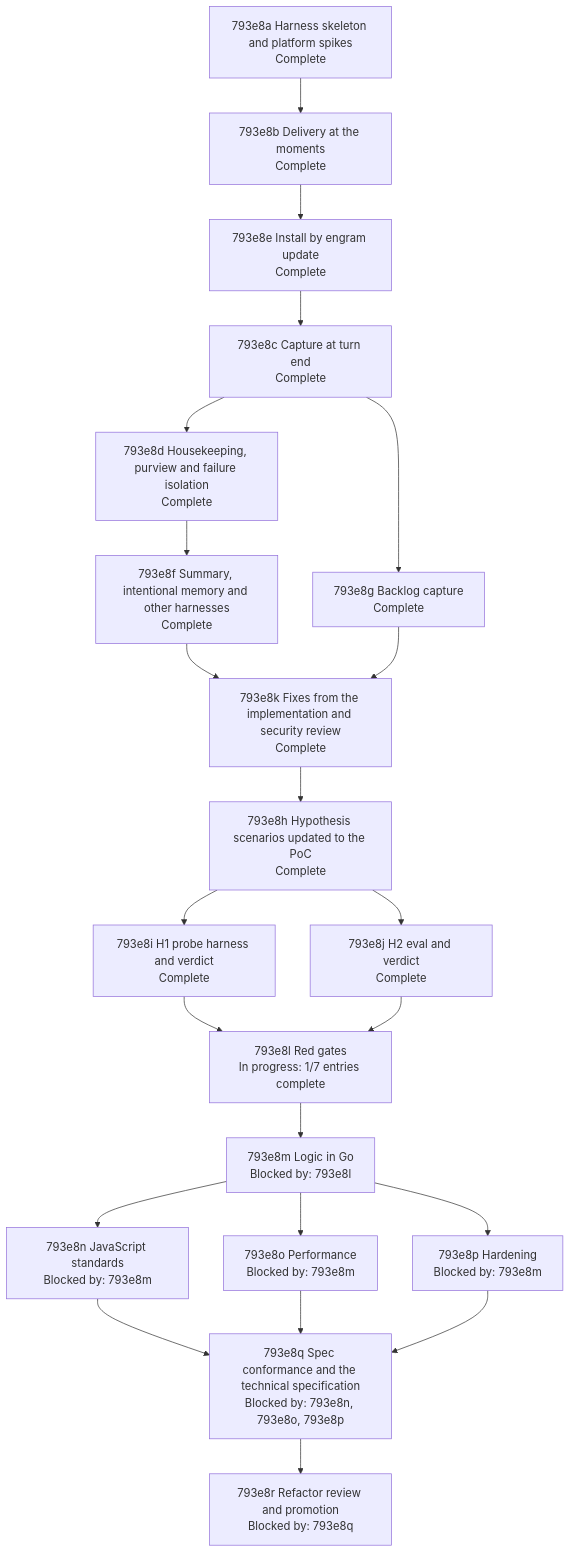
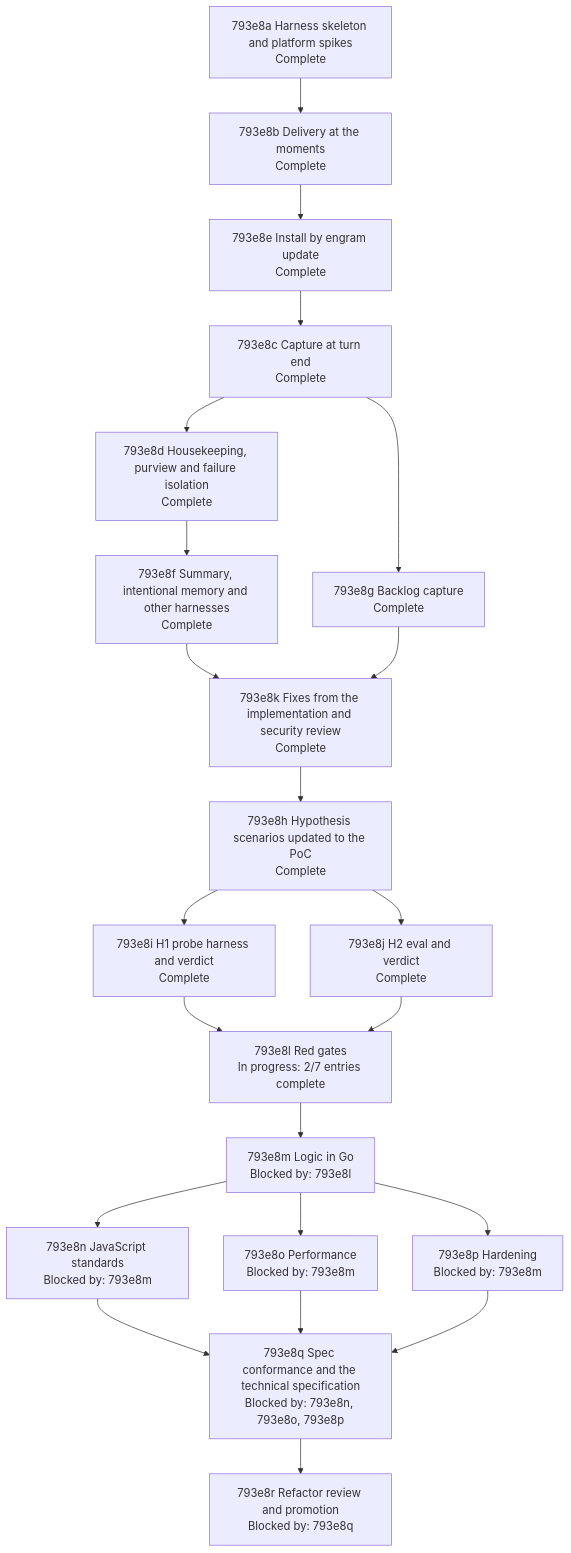
One commit to toejough/engram changed the diagram in docs/changes/793_parallel-memory-agent/793e_implementation-plan.md. Above: the diagram before and after it, drawn with Mermaid. The commit also changed other lines of this file and 2 other files, not shown here.

Commit message:
test(793-refactor): red gate — complexity and adapter rules
targ lint-js complexity: 6 findings on the mod's hooks (cyclomatic complexity
12, 16, 20 and 12; register.js 383 lines against 300; register() 74 lines
against 60). targ lint-js adapter: 87 problems (60 no-restricted-syntax for
regular expressions and JSON.parse of anything but a process's stdout, 17
complexity over 5, 4 no-restricted-imports, 3 max-statements, 2 max-params, 1
max-depth). Goals, node 793e8m. Probe of the adapter rules on a scratch file:
JSON.parse(result.stdout) is accepted; JSON.parse(reply.text),
JSON.parse(text), a regex literal and new RegExp are reported (not committed).

AI-Used: [claude]

````diff
--- a/docs/changes/793_parallel-memory-agent/793e_implementation-plan.md
+++ b/docs/changes/793_parallel-memory-agent/793e_implementation-plan.md
@@ -219,40 +219,40 @@
 ```mermaid
 flowchart TD
   n793e8a["793e8a Harness skeleton and platform spikes<br/>Complete"]
   n793e8b["793e8b Delivery at the moments<br/>Complete"]
   n793e8e["793e8e Install by engram update<br/>Complete"]
   n793e8c["793e8c Capture at turn end<br/>Complete"]
   n793e8d["793e8d Housekeeping, purview and failure isolation<br/>Complete"]
   n793e8g["793e8g Backlog capture<br/>Complete"]
   n793e8f["793e8f Summary, intentional memory and other harnesses<br/>Complete"]
   n793e8k["793e8k Fixes from the implementation and security review<br/>Complete"]
   n793e8h["793e8h Hypothesis scenarios updated to the PoC<br/>Complete"]
   n793e8i["793e8i H1 probe harness and verdict<br/>Complete"]
   n793e8j["793e8j H2 eval and verdict<br/>Complete"]
-  n793e8l["793e8l Red gates<br/>In progress: 1/7 entries complete"]
+  n793e8l["793e8l Red gates<br/>In progress: 2/7 entries complete"]
   n793e8m["793e8m Logic in Go<br/>Blocked by: 793e8l"]
   n793e8n["793e8n JavaScript standards<br/>Blocked by: 793e8m"]
   n793e8o["793e8o Performance<br/>Blocked by: 793e8m"]
   n793e8p["793e8p Hardening<br/>Blocked by: 793e8m"]
   n793e8q["793e8q Spec conformance and the technical specification<br/>Blocked by: 793e8n, 793e8o, 793e8p"]
   n793e8r["793e8r Refactor review and promotion<br/>Blocked by: 793e8q"]
   n793e8a --> n793e8b --> n793e8e --> n793e8c
   n793e8c --> n793e8d
   n793e8c --> n793e8g
   n793e8d --> n793e8f
   n793e8f --> n793e8k
   n793e8g --> n793e8k
   n793e8k --> n793e8h
   n793e8h --> n793e8i
   n793e8h --> n793e8j
   n793e8i --> n793e8l
   n793e8j --> n793e8l
   n793e8l --> n793e8m
   n793e8m --> n793e8n
   n793e8m --> n793e8o
   n793e8m --> n793e8p
   n793e8n --> n793e8q
   n793e8o --> n793e8q
   n793e8p --> n793e8q
   n793e8q --> n793e8r
 ```
````
